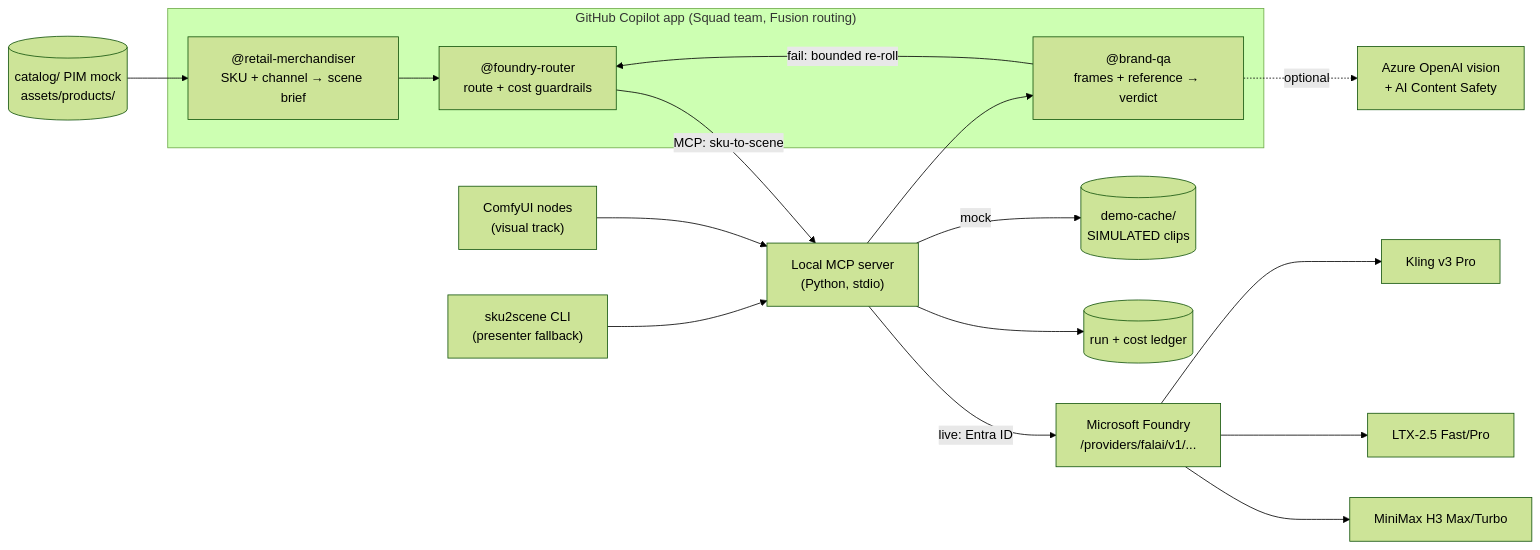
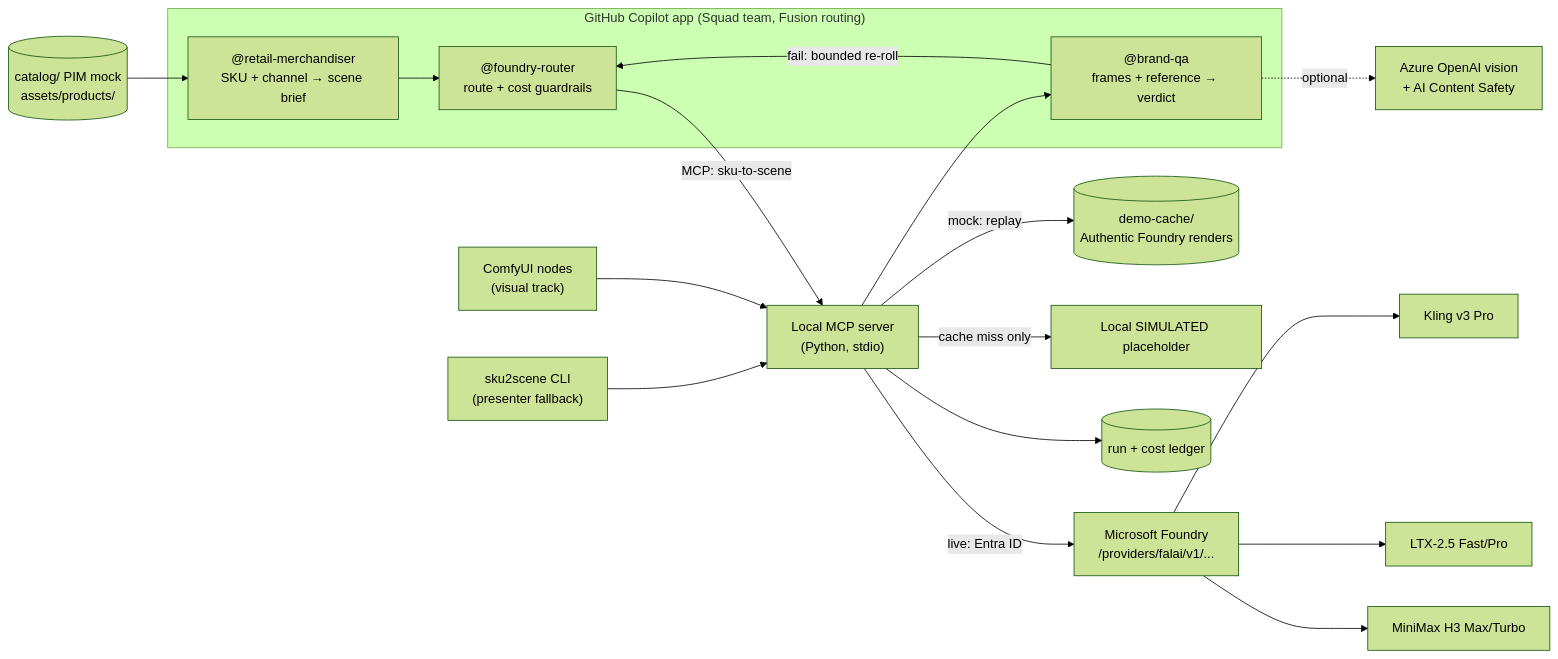
Before and after one commit to swigerb/sku-to-scene: the diagram in README.md, drawn with Mermaid (forest theme). The commit also changed other lines of this file and 9 other files, not shown here.

````diff
--- a/README.md
+++ b/README.md
@@ -54,20 +54,21 @@
 ```mermaid
 flowchart LR
   subgraph Copilot["GitHub Copilot app (Squad team, Fusion routing)"]
     M["@retail-merchandiser<br/>SKU + channel → scene brief"]
     R["@foundry-router<br/>route + cost guardrails"]
     Q["@brand-qa<br/>frames + reference → verdict"]
   end
   PIM[("catalog/ PIM mock<br/>assets/products/")] --> M
   M --> R
   R -->|MCP: sku-to-scene| S["Local MCP server<br/>(Python, stdio)"]
   CLI["sku2scene CLI<br/>(presenter fallback)"] --> S
   Comfy["ComfyUI nodes<br/>(visual track)"] --> S
-  S -->|mock| Cache[("demo-cache/<br/>SIMULATED clips")]
+  S -->|mock: replay| Cache[("demo-cache/<br/>Authentic Foundry renders")]
+  S -->|cache miss only| Placeholder["Local SIMULATED placeholder"]
   S -->|live: Entra ID| F["Microsoft Foundry<br/>/providers/falai/v1/..."]
   F --> K[Kling v3 Pro] & L[LTX-2.5 Fast/Pro] & X[MiniMax H3 Max/Turbo]
   S --> Ledger[("run + cost ledger")]
   S --> Q
   Q -->|fail: bounded re-roll| R
   Q -.optional.-> AOAI["Azure OpenAI vision<br/>+ AI Content Safety"]
 ```
````
